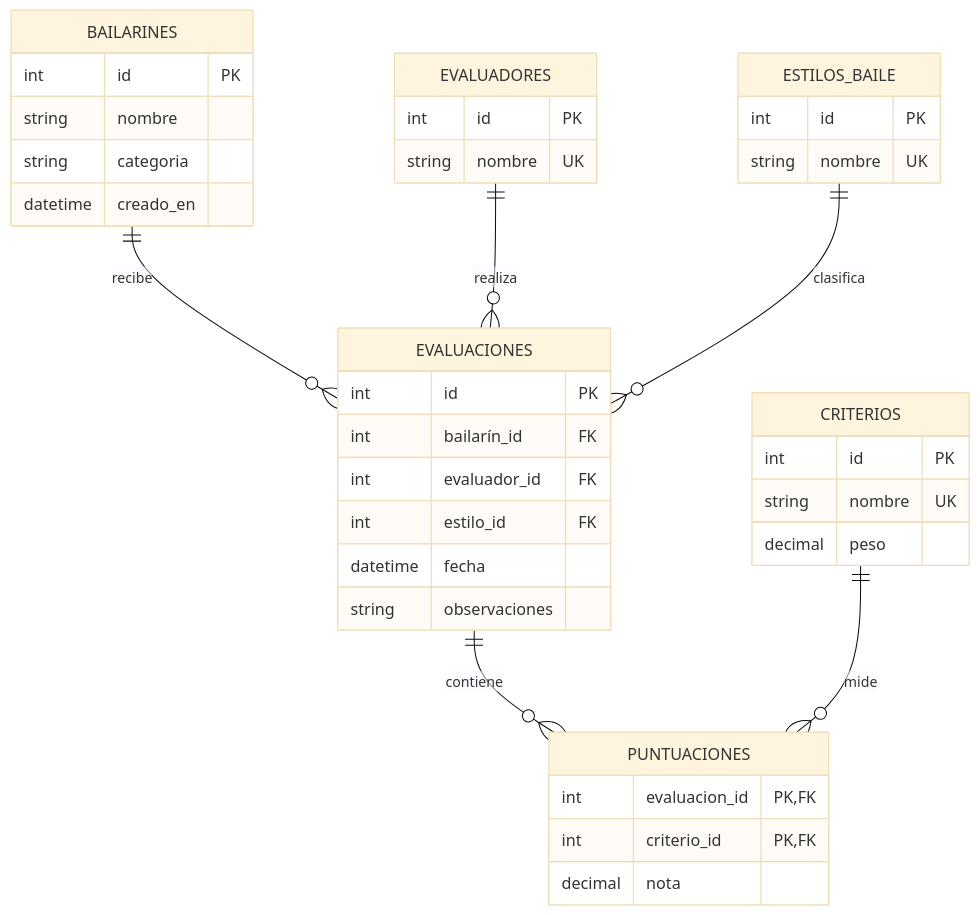
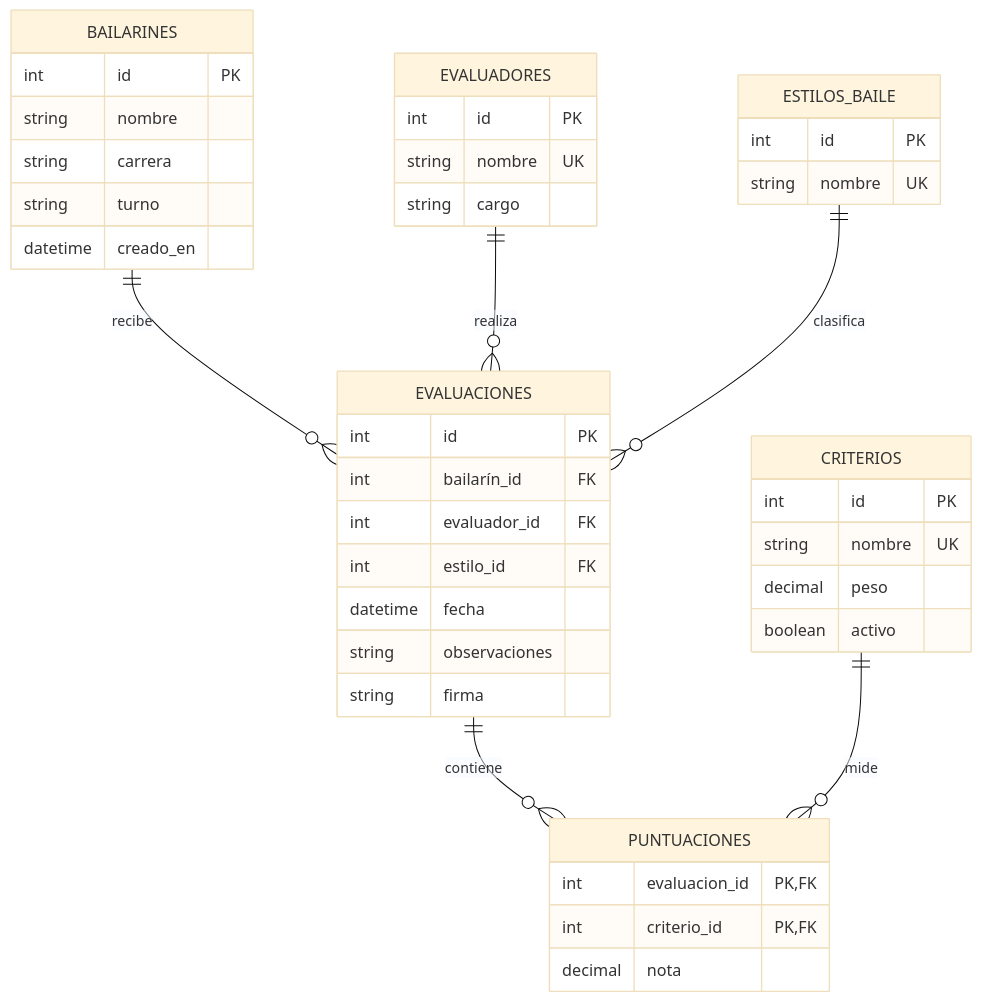
One commit to ae105455/Dispositivos-moviles-5-10-26 changed the diagram in docs/modelo_datos.md. Above: the diagram before and after it, drawn with Mermaid (base theme). The commit also changed other lines of this file and 11 other files, not shown here.

````diff
--- a/docs/modelo_datos.md
+++ b/docs/modelo_datos.md
@@ -5,41 +5,45 @@
 ```mermaid
 erDiagram
     BAILARINES ||--o{ EVALUACIONES : recibe
     EVALUADORES ||--o{ EVALUACIONES : realiza
     ESTILOS_BAILE ||--o{ EVALUACIONES : clasifica
     EVALUACIONES ||--o{ PUNTUACIONES : contiene
     CRITERIOS ||--o{ PUNTUACIONES : mide
 
     BAILARINES {
         int id PK
         string nombre
-        string categoria
+        string carrera
+        string turno
         datetime creado_en
     }
     EVALUADORES {
         int id PK
         string nombre UK
+        string cargo
     }
     ESTILOS_BAILE {
         int id PK
         string nombre UK
     }
     CRITERIOS {
         int id PK
         string nombre UK
         decimal peso
+        boolean activo
     }
     EVALUACIONES {
         int id PK
         int bailarín_id FK
         int evaluador_id FK
         int estilo_id FK
         datetime fecha
         string observaciones
+        string firma
     }
     PUNTUACIONES {
         int evaluacion_id PK,FK
         int criterio_id PK,FK
         decimal nota
     }
 ```
````
